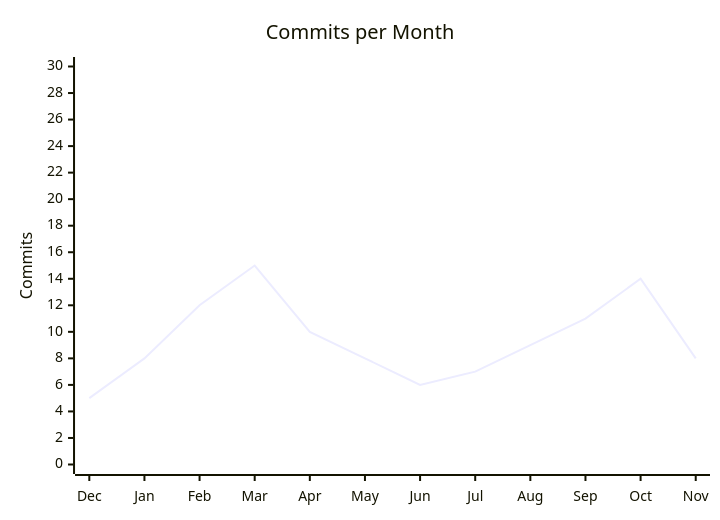
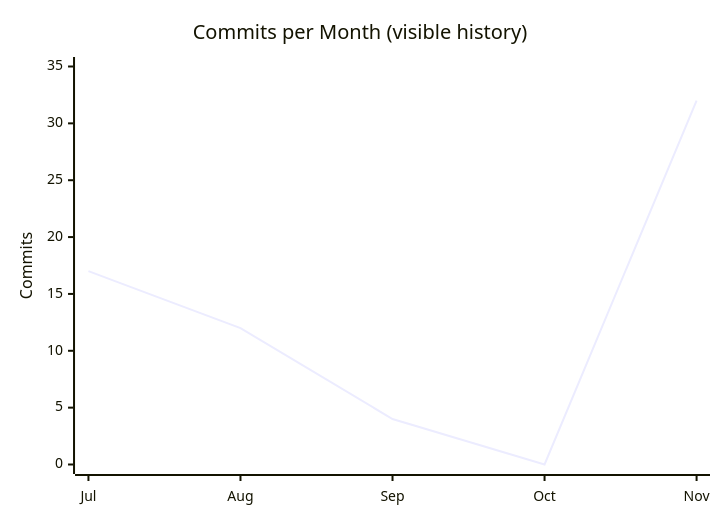
One commit to vijaytank/llm-manager changed the second of 2 diagrams in droid-wiki/by-the-numbers.md. Above: the diagram before and after it, drawn with Mermaid. The commit also changed other lines of this file and 30 other files, not shown here.

````diff
--- a/droid-wiki/by-the-numbers.md
+++ b/droid-wiki/by-the-numbers.md
@@ -42,7 +54,7 @@
 ```mermaid
 xychart-beta
-    title "Commits per Month"
-    x-axis ["Dec", "Jan", "Feb", "Mar", "Apr", "May", "Jun", "Jul", "Aug", "Sep", "Oct", "Nov"]
-    y-axis "Commits" 0 --> 30
-    line [5, 8, 12, 15, 10, 8, 6, 7, 9, 11, 14, 8]
+    title "Commits per Month (visible history)"
+    x-axis ["Jul", "Aug", "Sep", "Oct", "Nov"]
+    y-axis "Commits" 0 --> 35
+    line [17, 12, 4, 0, 32]
 ```
````
